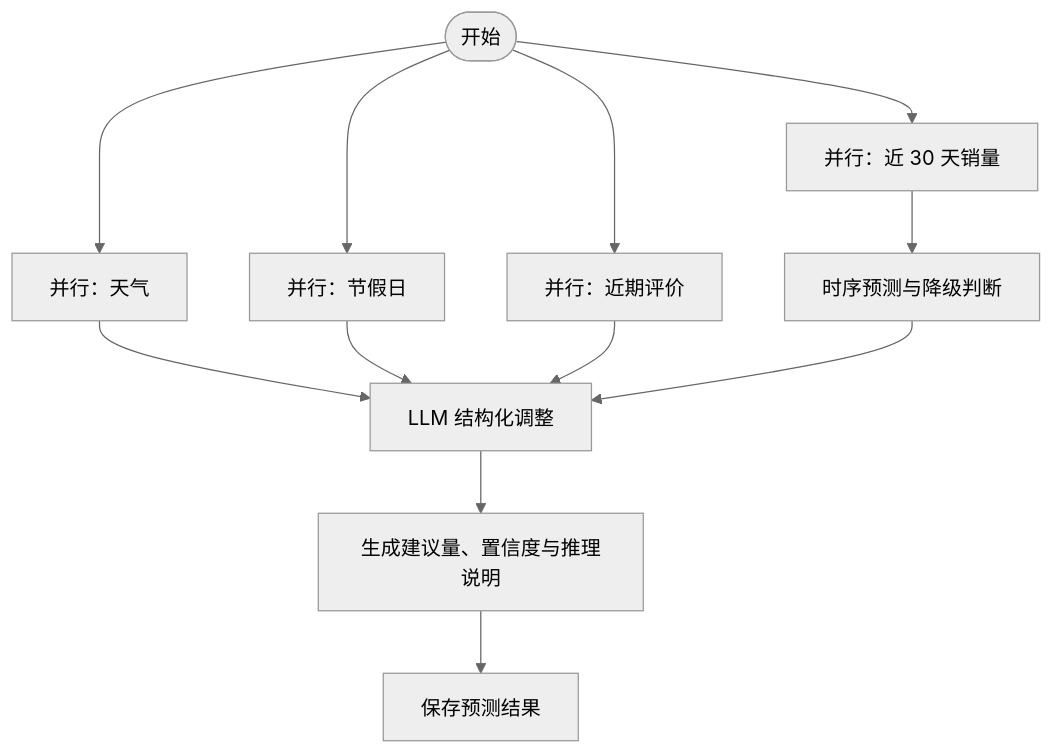
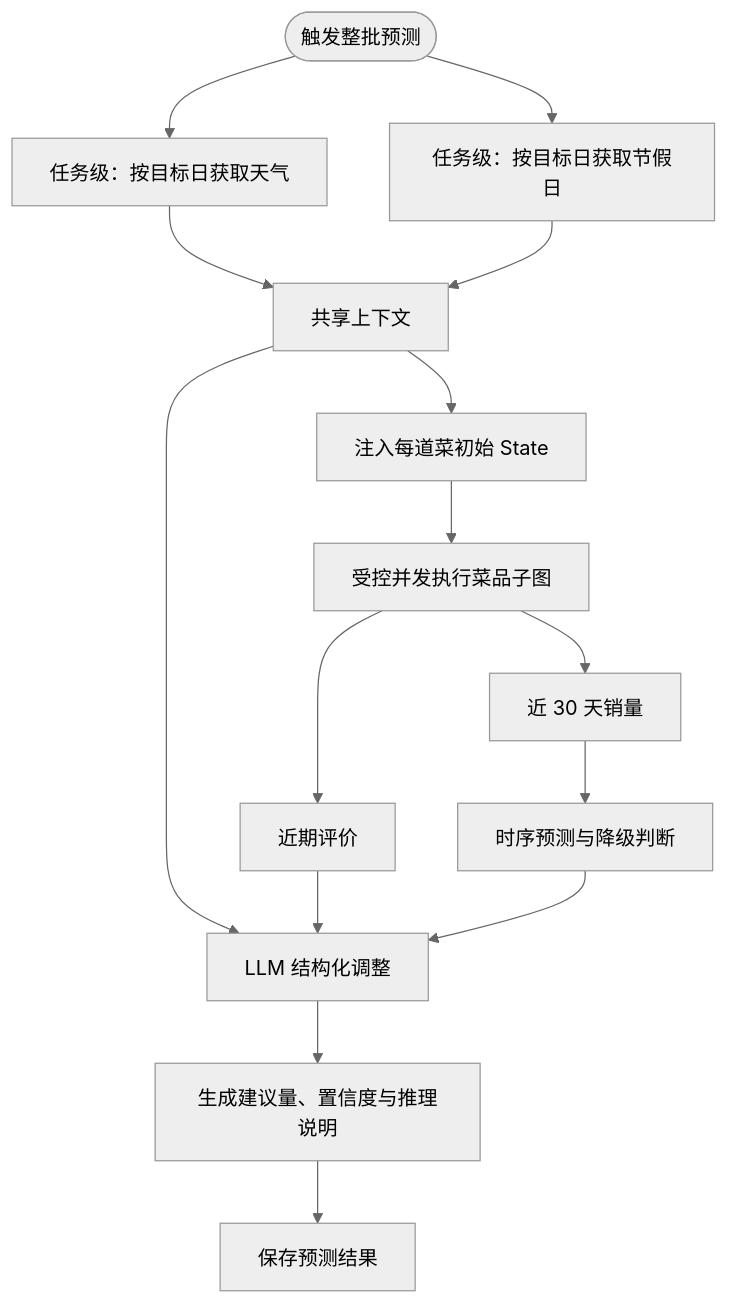
Before and after one commit to 1305884178-bit/smart-kitchen-ai-platform: the third of 3 diagrams in README.md, drawn with Mermaid (neutral theme). The commit also changed other lines of this file, not shown here.

Commit message:
docs: 修正预测共享上下文说明

````diff
--- a/README.md
+++ b/README.md
@@ -134,14 +135,17 @@
 ```mermaid
 flowchart TD
-    S([开始]) --> A[并行：近 30 天销量]
-    S --> B[并行：天气]
-    S --> C[并行：节假日]
-    S --> D[并行：近期评价]
-    A --> E[时序预测与降级判断]
-    B --> F[LLM 结构化调整]
-    C --> F
-    D --> F
-    E --> F
-    F --> G[生成建议量、置信度与推理说明]
-    G --> H[保存预测结果]
+    S([触发整批预测]) --> A[任务级：按目标日获取天气]
+    S --> B[任务级：按目标日获取节假日]
+    A --> C[共享上下文]
+    B --> C
+    C --> D[注入每道菜初始 State]
+    D --> E[受控并发执行菜品子图]
+    E --> F[近 30 天销量]
+    E --> G[近期评价]
+    F --> H[时序预测与降级判断]
+    C --> I[LLM 结构化调整]
+    G --> I
+    H --> I
+    I --> J[生成建议量、置信度与推理说明]
+    J --> K[保存预测结果]
 ```
````
